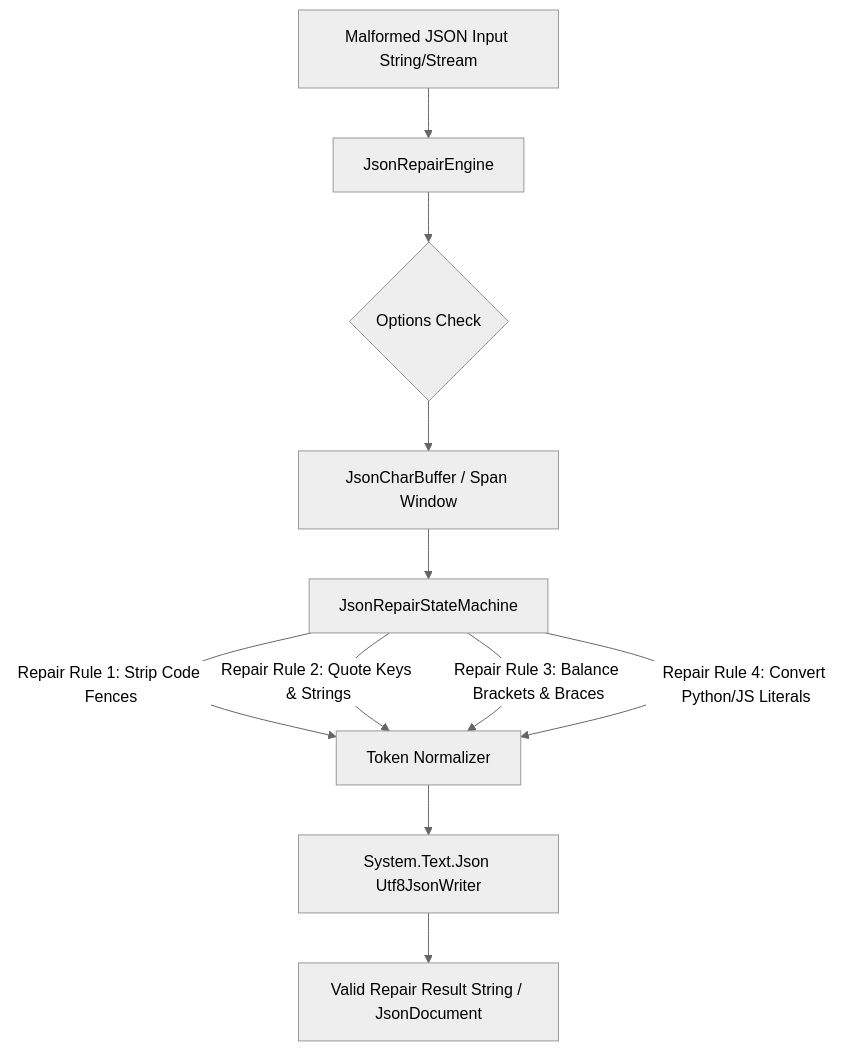
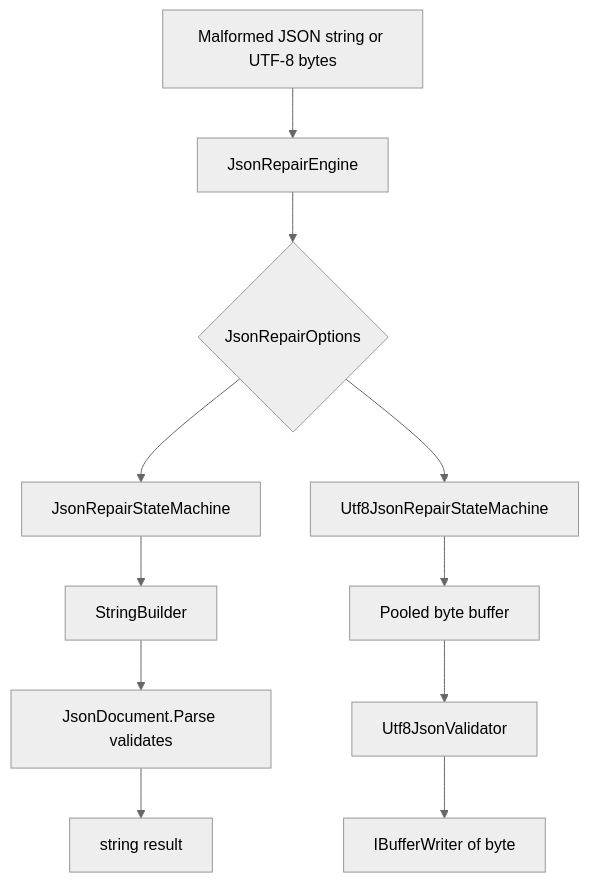
The diagram in docs/02-vision-and-architecture.md (bifteki-crew/JsonRepair.NET), drawn with Mermaid (neutral theme) before and after one commit. The commit also changed other lines of this file and 7 other files, not shown here.

````diff
--- a/docs/02-vision-and-architecture.md
+++ b/docs/02-vision-and-architecture.md
@@ -23,13 +26,13 @@
 ```mermaid
 graph TD
-    A[Malformed JSON Input String/Stream] --> B[JsonRepairEngine]
-    B --> C{Options Check}
-    C --> D[JsonCharBuffer / Span Window]
-    D --> E[JsonRepairStateMachine]
-    E -->|Repair Rule 1: Strip Code Fences| F[Token Normalizer]
-    E -->|Repair Rule 2: Quote Keys & Strings| F
-    E -->|Repair Rule 3: Balance Brackets & Braces| F
-    E -->|Repair Rule 4: Convert Python/JS Literals| F
-    F --> G[System.Text.Json Utf8JsonWriter]
-    G --> H[Valid Repair Result String / JsonDocument]
+    A[Malformed JSON string or UTF-8 bytes] --> B[JsonRepairEngine]
+    B --> C{JsonRepairOptions}
+    C --> D[JsonRepairStateMachine]
+    C --> E[Utf8JsonRepairStateMachine]
+    D --> F[StringBuilder]
+    E --> G[Pooled byte buffer]
+    F --> H[JsonDocument.Parse validates]
+    G --> I[Utf8JsonValidator]
+    H --> J[string result]
+    I --> K[IBufferWriter of byte]
 ```
````
